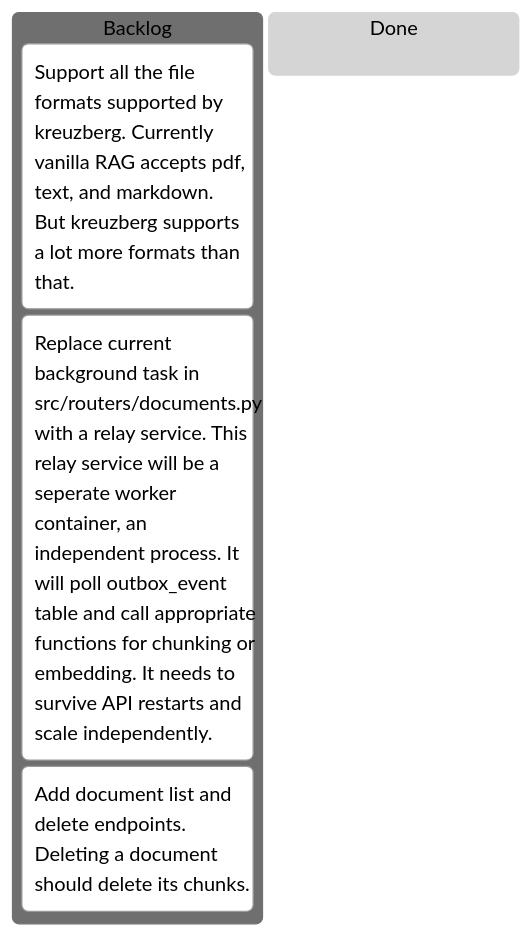
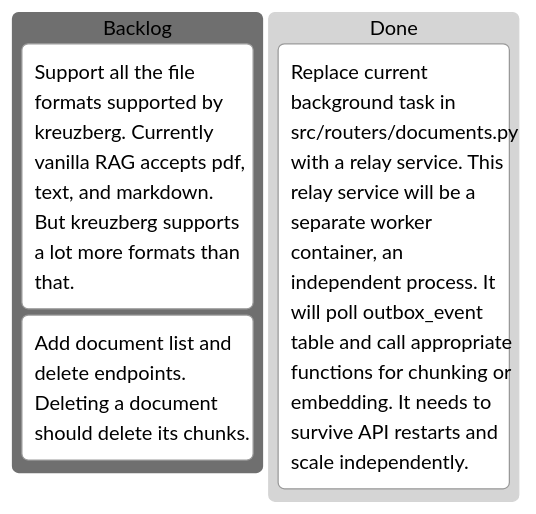
The diagram in docs/kanban.md (mhrafin/rag-api), drawn with Mermaid (neutral theme) before and after one commit. The commit also changed 1 other file, not shown here.

Commit message:
docs: mark relay service done and remove C4 local guide

````diff
--- a/docs/kanban.md
+++ b/docs/kanban.md
@@ -1,10 +1,11 @@
 ```mermaid
 kanban
     Backlog
         t1[Support all the file formats supported by kreuzberg. Currently vanilla RAG accepts pdf, text, and markdown. But kreuzberg supports a lot more formats than that.]
 
-        t2[Replace current background task in src/routers/documents.py with a relay service. This relay service will be a seperate worker container, an independent process. It will poll outbox_event table and call appropriate functions for chunking or embedding. It needs to survive API restarts and scale independently.]
+
 
         t3[Add document list and delete endpoints. Deleting a document should delete its chunks.]
     Done
+        t2[Replace current background task in src/routers/documents.py with a relay service. This relay service will be a separate worker container, an independent process. It will poll outbox_event table and call appropriate functions for chunking or embedding. It needs to survive API restarts and scale independently.]
 ```
````
